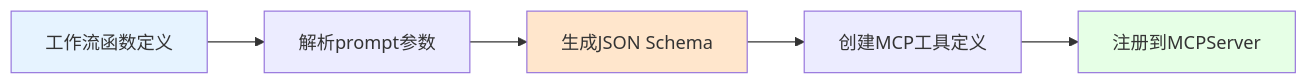
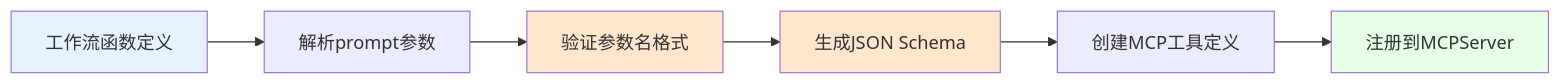
The seventh of 8 diagrams in docs/mcp-guide.md (sunflowermm/XRK-AGT), drawn with Mermaid before and after one commit. The commit also changed other lines of this file and 12 other files, not shown here.

````diff
--- a/docs/mcp-guide.md
+++ b/docs/mcp-guide.md
@@ -448,11 +504,13 @@
 ```mermaid
 flowchart LR
     A["工作流函数定义"] --> B["解析prompt参数"]
-    B --> C["生成JSON Schema"]
-    C --> D["创建MCP工具定义"]
-    D --> E["注册到MCPServer"]
+    B --> C["验证参数名格式"]
+    C --> D["生成JSON Schema"]
+    D --> E["创建MCP工具定义"]
+    E --> F["注册到MCPServer"]
     
     style A fill:#E6F3FF
     style C fill:#FFE6CC
-    style E fill:#E6FFE6
+    style D fill:#FFE6CC
+    style F fill:#E6FFE6
 ```
````
